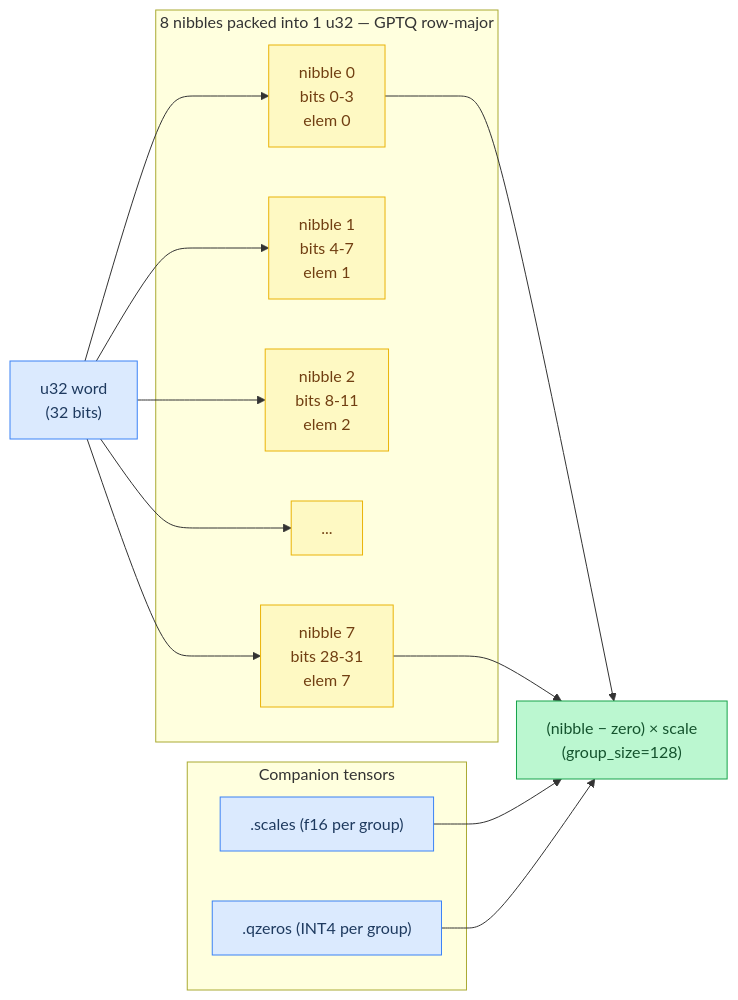
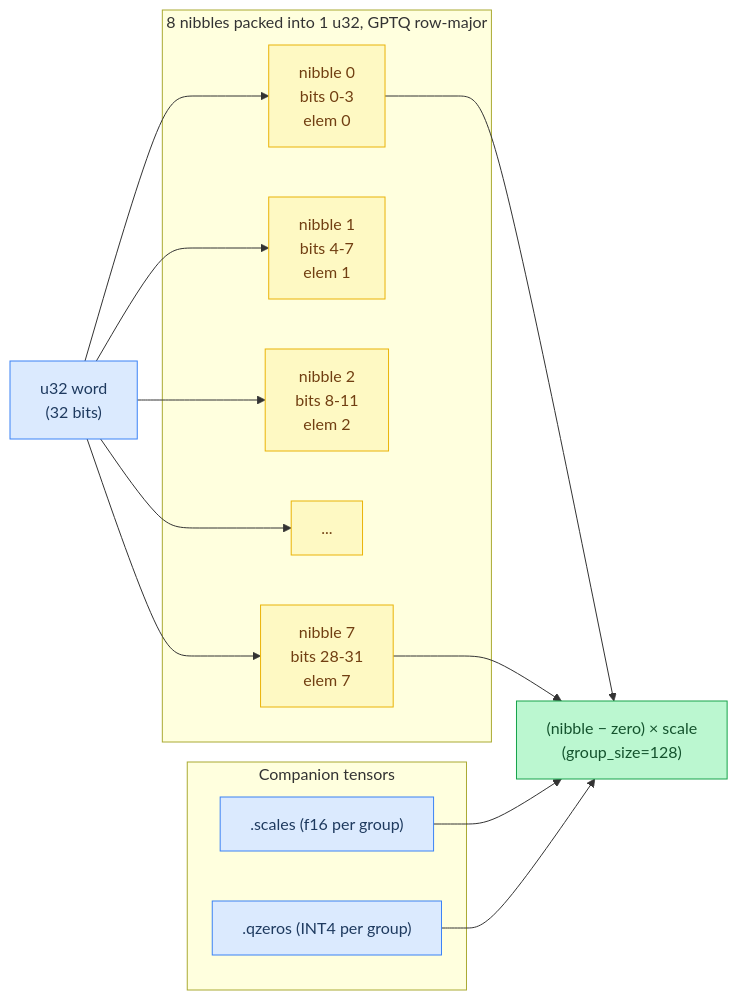
One commit to maci0/agave changed the sixth of 10 diagrams in docs/tutorial/04-quantization.md. Above: the diagram before and after it, drawn with Mermaid. The commit also changed other lines of this file and 196 other files, not shown here.

````diff
--- a/docs/tutorial/04-quantization.md
+++ b/docs/tutorial/04-quantization.md
@@ -387,44 +387,44 @@
 ```mermaid
 flowchart LR
     classDef setup     fill:#dbeafe,stroke:#3b82f6,color:#1e3a5f
     classDef sync      fill:#dcfce7,stroke:#22c55e,color:#14532d
     classDef migration fill:#fef9c3,stroke:#eab308,color:#713f12
     classDef success   fill:#bbf7d0,stroke:#16a34a,color:#14532d
     classDef danger    fill:#fee2e2,stroke:#ef4444,color:#7f1d1d
     classDef optional  fill:#f3e8ff,stroke:#9333ea,color:#581c87
 
     U32["u32 word\n(32 bits)"]:::setup
     N0["nibble 0\nbits 0-3\nelem 0"]:::migration
     N1["nibble 1\nbits 4-7\nelem 1"]:::migration
     N2["nibble 2\nbits 8-11\nelem 2"]:::migration
     Dots["..."]:::migration
     N7["nibble 7\nbits 28-31\nelem 7"]:::migration
     DQ["(nibble − zero) × scale\n(group_size=128)"]:::success
     SC[".scales  (f16 per group)"]:::setup
     ZR[".qzeros  (INT4 per group)"]:::setup
 
     U32 --> N0
     U32 --> N1
     U32 --> N2
     U32 --> Dots
     U32 --> N7
 
     N0 --> DQ
     N7 --> DQ
 
     subgraph Companions["Companion tensors"]
         SC
         ZR
     end
 
     SC --> DQ
     ZR --> DQ
 
-    subgraph Layout["8 nibbles packed into 1 u32 — GPTQ row-major"]
+    subgraph Layout["8 nibbles packed into 1 u32, GPTQ row-major"]
         N0
         N1
         N2
         Dots
         N7
     end
 ```
````
